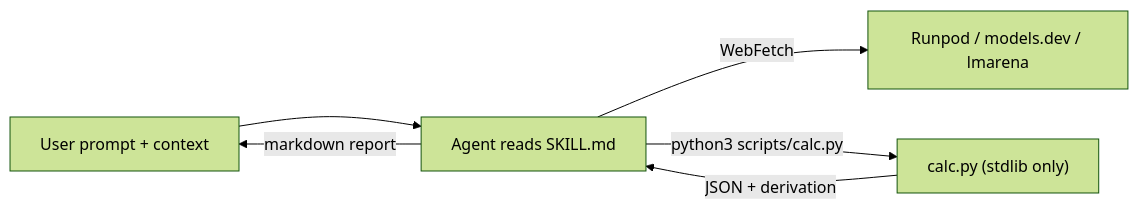
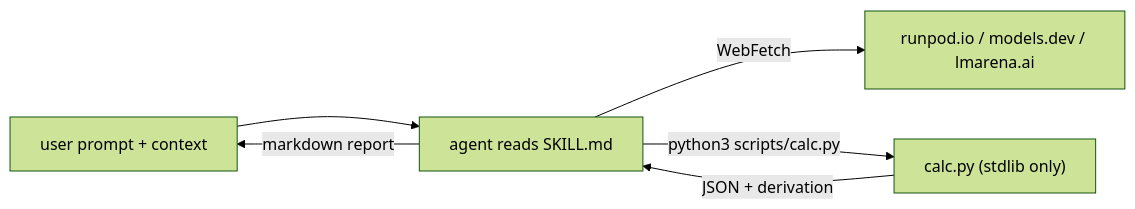
Before and after one commit to artvandelay/api-vs-selfhost-skill: the diagram in README.md, drawn with Mermaid (forest theme). The commit also changed other lines of this file, not shown here.

First line of the commit message:
README: clean dev-facing rewrite

````diff
--- a/README.md
+++ b/README.md
@@ -116,8 +11,8 @@
 ```mermaid
 flowchart LR
-  User["User prompt + context"] --> Agent
-  Agent["Agent reads SKILL.md"] -->|"WebFetch"| Web["Runpod / models.dev / lmarena"]
+  User["user prompt + context"] --> Agent
+  Agent["agent reads SKILL.md"] -->|WebFetch| Web["runpod.io / models.dev / lmarena.ai"]
   Agent -->|"python3 scripts/calc.py"| Calc["calc.py (stdlib only)"]
-  Calc -->|"JSON + derivation"| Agent
-  Agent -->|"markdown report"| User
+  Calc -->|JSON + derivation| Agent
+  Agent -->|markdown report| User
 ```
````
